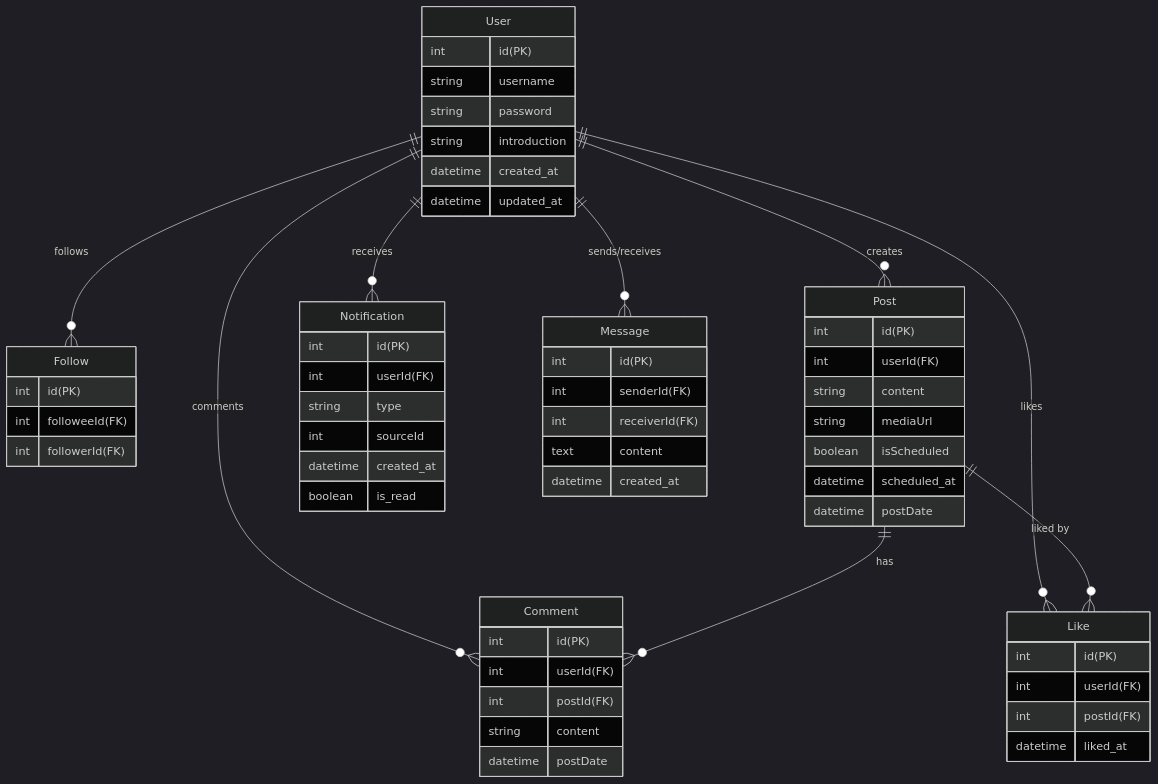
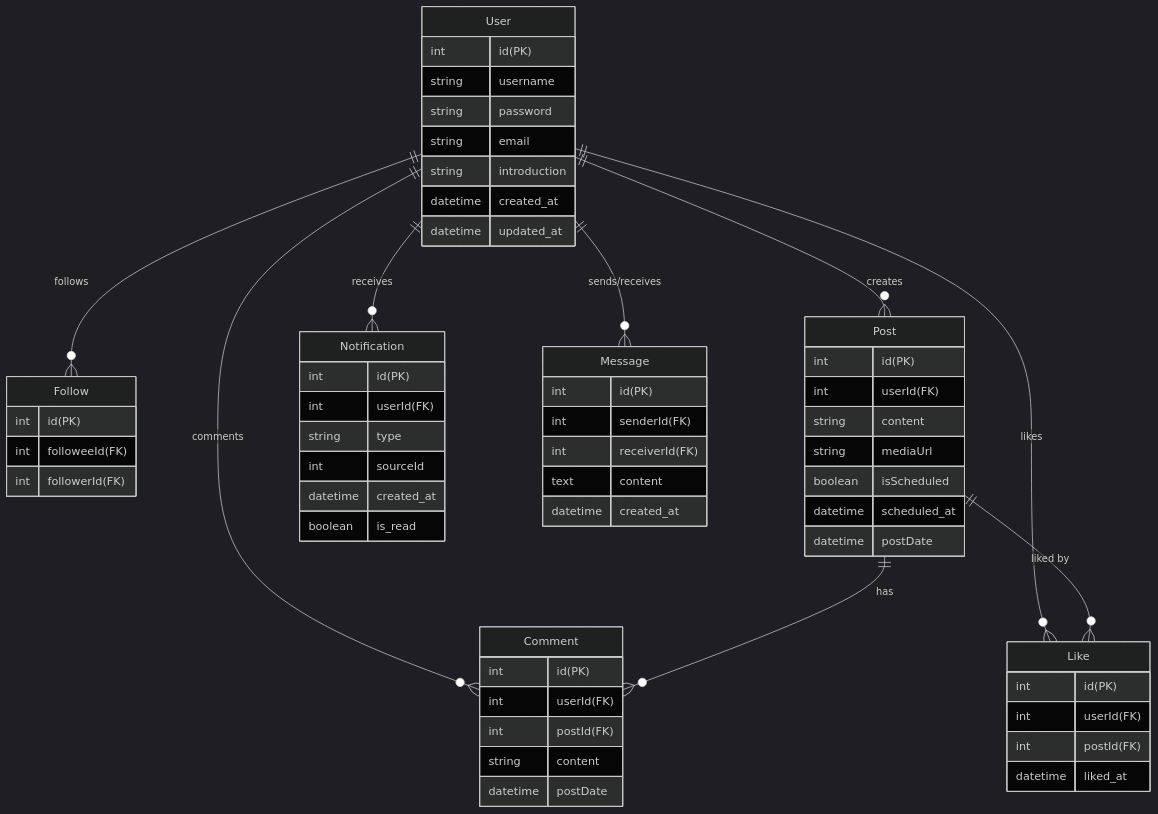
The diagram in Readme.md (Eiji1010/Social-Networking-Service), drawn with Mermaid (dark theme) before and after one commit.

Commit message:
README.mdにemailフィールドを追加

````diff
--- a/Readme.md
+++ b/Readme.md
@@ -2,61 +2,62 @@
 ```mermaid
 erDiagram
   User {
     int id(PK)
     string username
     string password
+    string email
     string introduction
     datetime created_at
     datetime updated_at
   }
   Follow {
     int id(PK)
     int followeeId(FK)
     int followerId(FK)
   }
   Post {
     int id(PK)
     int userId(FK)
     string content
     string mediaUrl
     boolean isScheduled
     datetime scheduled_at
     datetime postDate
   }
   Comment {
     int id(PK)
     int userId(FK)
     int postId(FK)
     string content
     datetime postDate
   }
   Like {
     int id(PK)
     int userId(FK)
     int postId(FK)
     datetime liked_at
   }
   Notification {
     int id(PK)
     int userId(FK)
     string type
     int sourceId
     datetime created_at
     boolean is_read
   }
   Message {
     int id(PK)
     int senderId(FK)
     int receiverId(FK)
     text content
     datetime created_at
   }
   User ||--o{ Follow : "follows"
   User ||--o{ Post : "creates"
   User ||--o{ Comment : "comments"
   User ||--o{ Like : "likes"
   User ||--o{ Notification : "receives"
   User ||--o{ Message : "sends/receives"
   Post ||--o{ Comment : "has"
   Post ||--o{ Like : "liked by"
 ```
````
